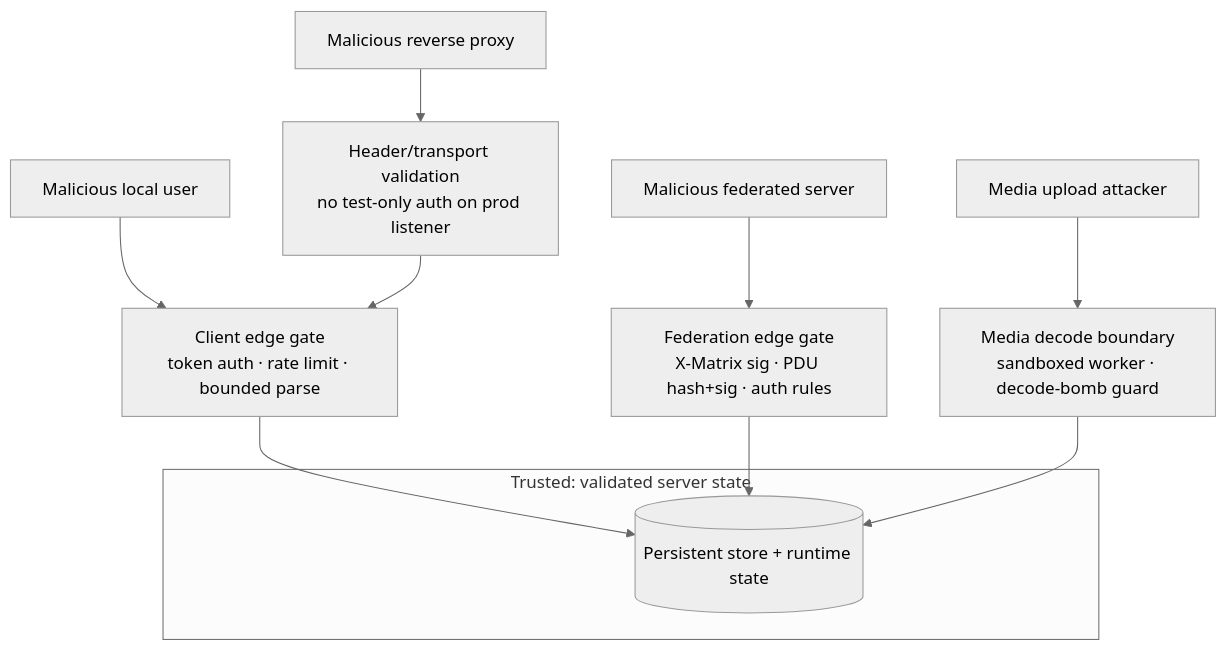
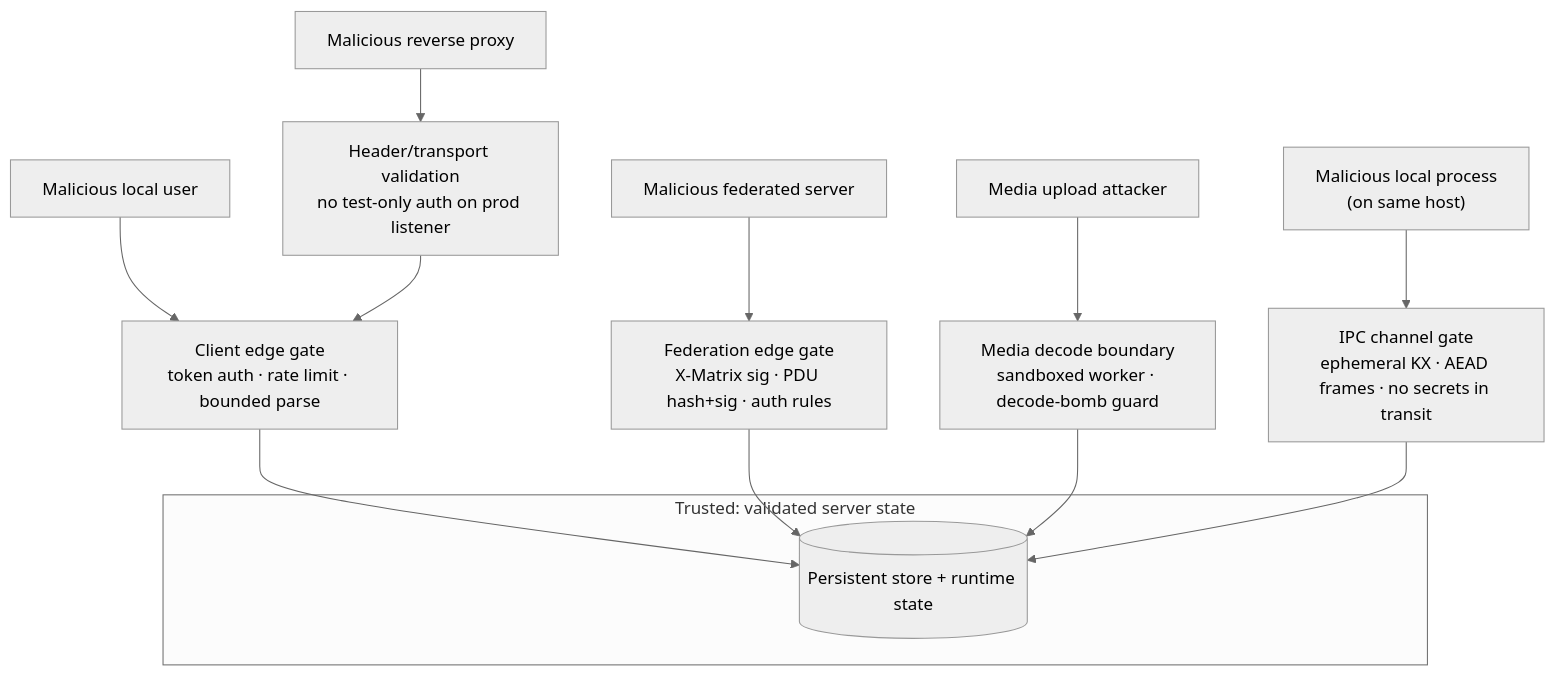
The diagram in docs/threat-model.md (OMG-Software/Merovingian), drawn with Mermaid (neutral theme) before and after one commit. The commit also changed other lines of this file and 188 other files, not shown here.

````diff
--- a/docs/threat-model.md
+++ b/docs/threat-model.md
@@ -35,21 +35,24 @@
 ```mermaid
 flowchart TB
     localuser["Malicious local user"]
     peer["Malicious federated server"]
     proxy["Malicious reverse proxy"]
     uploader["Media upload attacker"]
+    localproc["Malicious local process<br/>(on same host)"]
 
     subgraph trusted["Trusted: validated server state"]
         state[("Persistent store + runtime state")]
     end
 
     clientgate["Client edge gate<br/>token auth · rate limit · bounded parse"]
     fedgate["Federation edge gate<br/>X-Matrix sig · PDU hash+sig · auth rules"]
     headergate["Header/transport validation<br/>no test-only auth on prod listener"]
     mediagate["Media decode boundary<br/>sandboxed worker · decode-bomb guard"]
+    ipcgate["IPC channel gate<br/>ephemeral KX · AEAD frames · no secrets in transit"]
 
     localuser --> clientgate --> state
     peer --> fedgate --> state
     proxy --> headergate --> clientgate
     uploader --> mediagate --> state
+    localproc --> ipcgate --> state
 ```
````
